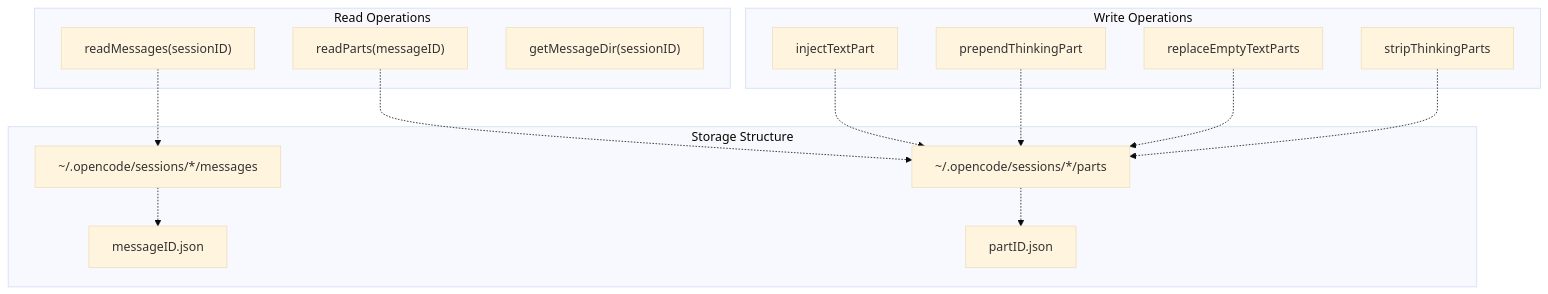
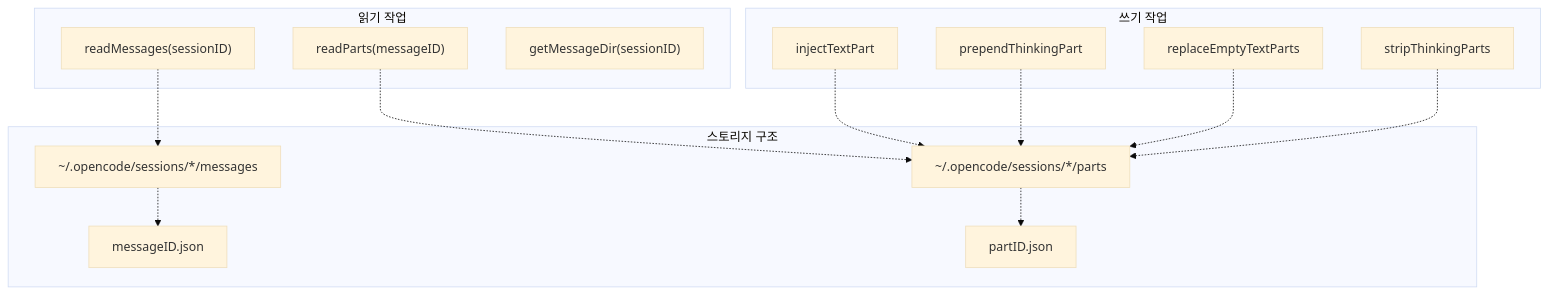
Before and after one commit to felipetruman/oh-my-opencode-docs: the ninth of 10 diagrams in docs/reliability/message-validation.md, drawn with Mermaid (base theme). The commit also changed other lines of this file and 76 other files, not shown here.

````diff
--- a/docs/reliability/message-validation.md
+++ b/docs/reliability/message-validation.md
@@ -440,44 +440,44 @@
 ```mermaid
 flowchart TD
 
 ReadMessages["readMessages(sessionID)"]
 ReadParts["readParts(messageID)"]
 GetMessageDir["getMessageDir(sessionID)"]
 InjectText["injectTextPart"]
 PrependThink["prependThinkingPart"]
 ReplaceEmpty["replaceEmptyTextParts"]
 StripThinking["stripThinkingParts"]
 MessageDir["~/.opencode/sessions/*/messages"]
 PartDir["~/.opencode/sessions/*/parts"]
 MessageJSON["messageID.json"]
 PartJSON["partID.json"]
 
 ReadMessages -.-> MessageDir
 ReadParts -.-> PartDir
 InjectText -.-> PartDir
 PrependThink -.-> PartDir
 ReplaceEmpty -.-> PartDir
 StripThinking -.-> PartDir
 
-subgraph subGraph2 ["Storage Structure"]
+subgraph subGraph2 ["스토리지 구조"]
     MessageDir
     PartDir
     MessageJSON
     PartJSON
     MessageDir -.-> MessageJSON
     PartDir -.-> PartJSON
 end
 
-subgraph subGraph1 ["Write Operations"]
+subgraph subGraph1 ["쓰기 작업"]
     InjectText
     PrependThink
     ReplaceEmpty
     StripThinking
 end
 
-subgraph subGraph0 ["Read Operations"]
+subgraph subGraph0 ["읽기 작업"]
     ReadMessages
     ReadParts
     GetMessageDir
 end
 ```
````
